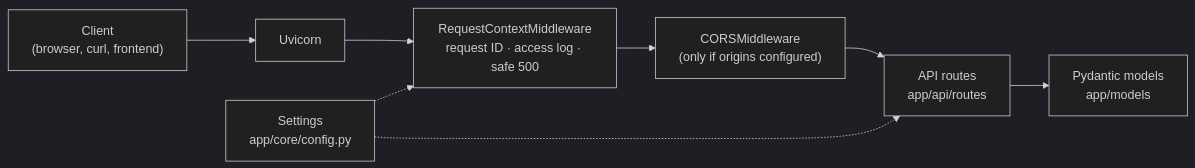
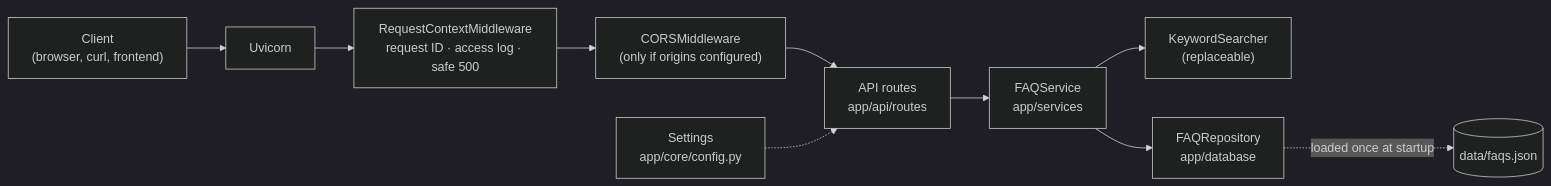
Before and after one commit to pankajr03/ai-customer-support-chatbot: the diagram in README.md, drawn with Mermaid (dark theme). The commit also changed other lines of this file, not shown here.

````diff
--- a/README.md
+++ b/README.md
@@ -124,10 +137,12 @@
 ```mermaid
 flowchart LR
     Client["Client<br/>(browser, curl, frontend)"] --> Uvicorn
     Uvicorn --> MW["RequestContextMiddleware<br/>request ID · access log · safe 500"]
     MW --> CORS["CORSMiddleware<br/>(only if origins configured)"]
     CORS --> Routes["API routes<br/>app/api/routes"]
-    Routes --> Models["Pydantic models<br/>app/models"]
+    Routes --> Service["FAQService<br/>app/services"]
+    Service --> Search["KeywordSearcher<br/>(replaceable)"]
+    Service --> Repo["FAQRepository<br/>app/database"]
+    Repo -. "loaded once at startup" .-> Data[("data/faqs.json")]
     Settings["Settings<br/>app/core/config.py"] -.-> Routes
-    Settings -.-> MW
 ```
````
